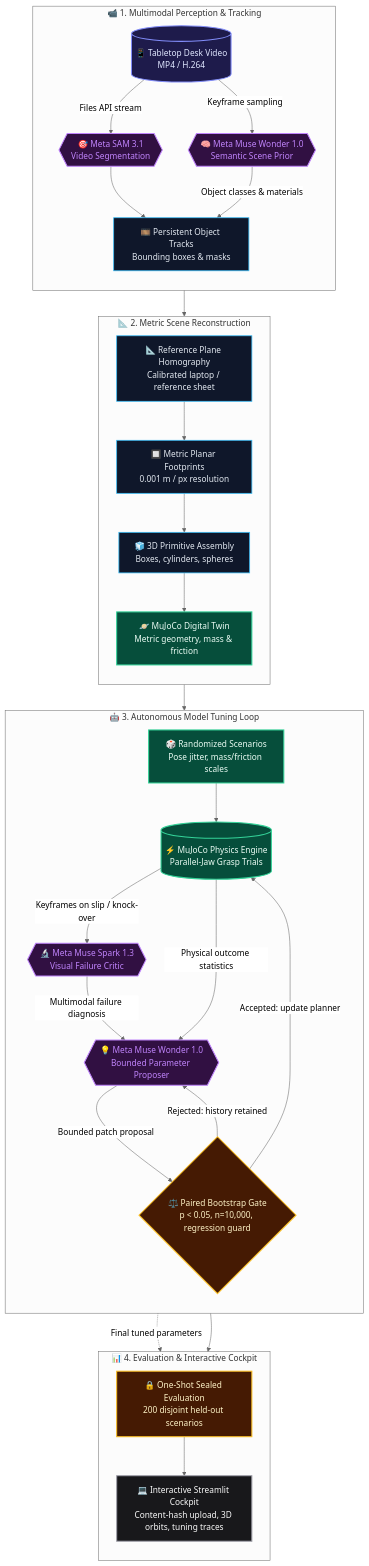
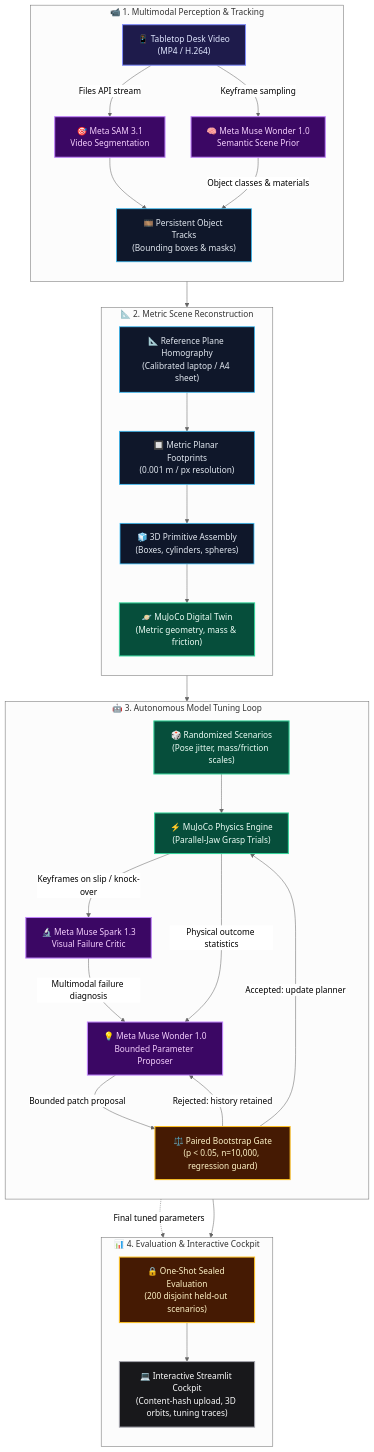
The diagram in README.md (Skrisps26/splatsam), drawn with Mermaid (neutral theme) before and after one commit. The commit also changed other lines of this file and 1 other file, not shown here.

Commit message:
Fix architecture diagram text clipping and embed vector SVG

````diff
--- a/README.md
+++ b/README.md
@@ -11,70 +18,71 @@
 ```mermaid
 flowchart TD
     subgraph P1 ["📹 1. Multimodal Perception & Tracking"]
         direction TB
-        V[("📱 Tabletop Desk Video<br/>MP4 / H.264")]
-        SAM{{"🎯 Meta SAM 3.1<br/>Video Segmentation"}}
-        WONDER_SEM{{"🧠 Meta Muse Wonder 1.0<br/>Semantic Scene Prior"}}
-        TRACKS["🎞️ Persistent Object Tracks<br/>Bounding boxes & masks"]
+        V["📱 Tabletop Desk Video<br/>(MP4 / H.264)"]
+        SAM["🎯 Meta SAM 3.1<br/>Video Segmentation"]
+        WONDER_SEM["🧠 Meta Muse Wonder 1.0<br/>Semantic Scene Prior"]
+        TRACKS["🎞️ Persistent Object Tracks<br/>(Bounding boxes & masks)"]
         
         V -->|Files API stream| SAM
         V -->|Keyframe sampling| WONDER_SEM
         SAM --> TRACKS
         WONDER_SEM -->|Object classes & materials| TRACKS
     end
 
     subgraph P2 ["📐 2. Metric Scene Reconstruction"]
         direction TB
-        HOMO["📐 Reference Plane Homography<br/>Calibrated laptop / reference sheet"]
-        WARP["🔲 Metric Planar Footprints<br/>0.001 m / px resolution"]
-        PRIMS["🧊 3D Primitive Assembly<br/>Boxes, cylinders, spheres"]
-        SIM_SCENE["🪐 MuJoCo Digital Twin<br/>Metric geometry, mass & friction"]
+        HOMO["📐 Reference Plane Homography<br/>(Calibrated laptop / A4 sheet)"]
+        WARP["🔲 Metric Planar Footprints<br/>(0.001 m / px resolution)"]
+        PRIMS["🧊 3D Primitive Assembly<br/>(Boxes, cylinders, spheres)"]
+        SIM_SCENE["🪐 MuJoCo Digital Twin<br/>(Metric geometry, mass & friction)"]
 
         TRACKS --> HOMO
         HOMO --> WARP
         WARP --> PRIMS
         PRIMS --> SIM_SCENE
     end
 
     subgraph P3 ["🤖 3. Autonomous Model Tuning Loop"]
         direction TB
-        CURRICULUM["🎲 Randomized Scenarios<br/>Pose jitter, mass/friction scales"]
-        MUJOCO[("⚡ MuJoCo Physics Engine<br/>Parallel-Jaw Grasp Trials")]
-        SPARK{{"🔬 Meta Muse Spark 1.3<br/>Visual Failure Critic"}}
-        WONDER_OPT{{"💡 Meta Muse Wonder 1.0<br/>Bounded Parameter Proposer"}}
-        GATE{"⚖️ Paired Bootstrap Gate<br/>p < 0.05, n=10,000, regression guard"}
+        CURRICULUM["🎲 Randomized Scenarios<br/>(Pose jitter, mass/friction scales)"]
+        MUJOCO["⚡ MuJoCo Physics Engine<br/>(Parallel-Jaw Grasp Trials)"]
+        SPARK["🔬 Meta Muse Spark 1.3<br/>Visual Failure Critic"]
+        WONDER_OPT["💡 Meta Muse Wonder 1.0<br/>Bounded Parameter Proposer"]
+        GATE["⚖️ Paired Bootstrap Gate<br/>(p < 0.05, n=10,000, regression guard)"]
 
         SIM_SCENE --> CURRICULUM
         CURRICULUM --> MUJOCO
         MUJOCO -->|Keyframes on slip / knock-over| SPARK
         SPARK -->|Multimodal failure diagnosis| WONDER_OPT
         MUJOCO -->|Physical outcome statistics| WONDER_OPT
         WONDER_OPT -->|Bounded patch proposal| GATE
         GATE -->|Accepted: update planner| MUJOCO
         GATE -->|Rejected: history retained| WONDER_OPT
     end
 
     subgraph P4 ["📊 4. Evaluation & Interactive Cockpit"]
         direction TB
-        SEAL["🔒 One-Shot Sealed Evaluation<br/>200 disjoint held-out scenarios"]
-        COCKPIT["💻 Interactive Streamlit Cockpit<br/>Content-hash upload, 3D orbits, tuning traces"]
+        SEAL["🔒 One-Shot Sealed Evaluation<br/>(200 disjoint held-out scenarios)"]
+        COCKPIT["💻 Interactive Streamlit Cockpit<br/>(Content-hash upload, 3D orbits, tuning traces)"]
 
         GATE -.->|Final tuned parameters| SEAL
         MUJOCO --> COCKPIT
         SEAL --> COCKPIT
     end
 
+    classDef default fill:#161b22,stroke:#30363d,stroke-width:1.5px,color:#c9d1d9;
     classDef videoNode fill:#1e1b4b,stroke:#818cf8,stroke-width:2px,color:#e0e7ff;
-    classDef metaModel fill:#311042,stroke:#c084fc,stroke-width:2px,color:#c084fc;
+    classDef metaModel fill:#3b0764,stroke:#c084fc,stroke-width:2px,color:#f5d0fe;
     classDef mathNode fill:#0f172a,stroke:#38bdf8,stroke-width:1.5px,color:#e2e8f0;
     classDef physicsNode fill:#064e3b,stroke:#34d399,stroke-width:2px,color:#ecfdf5;
     classDef gateNode fill:#451a03,stroke:#fbbf24,stroke-width:2px,color:#fef3c7;
     classDef cockpitNode fill:#18181b,stroke:#a1a1aa,stroke-width:2px,color:#fafafa;
 
     class V videoNode;
     class SAM,WONDER_SEM,SPARK,WONDER_OPT metaModel;
     class HOMO,WARP,PRIMS,TRACKS mathNode;
     class SIM_SCENE,MUJOCO,CURRICULUM physicsNode;
     class GATE,SEAL gateNode;
     class COCKPIT cockpitNode;
 ```
````
